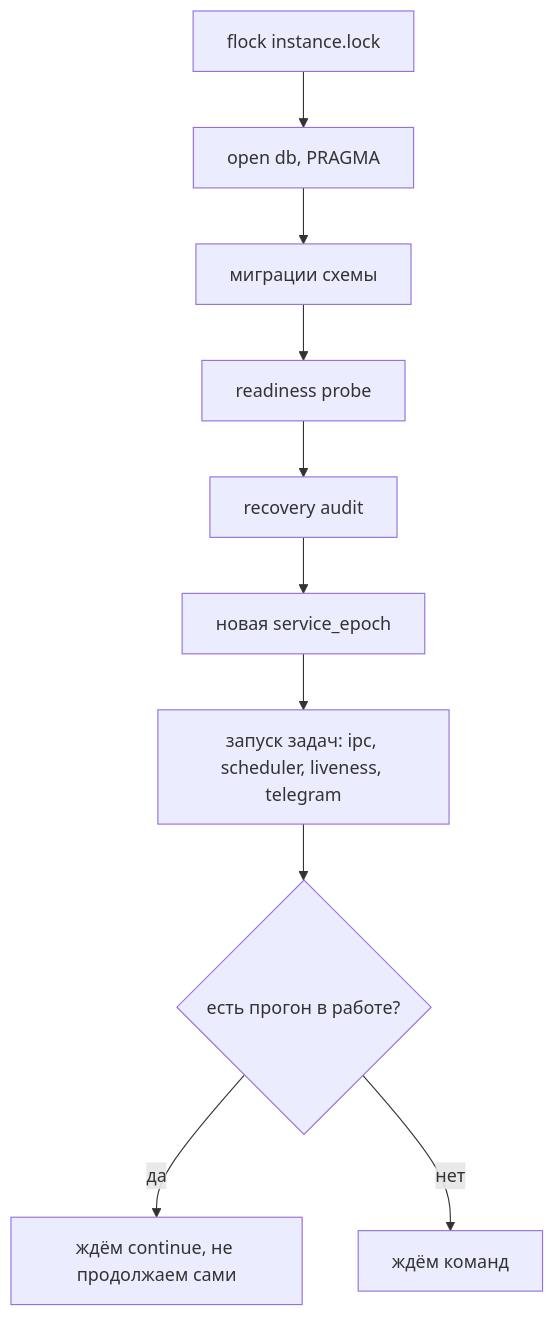
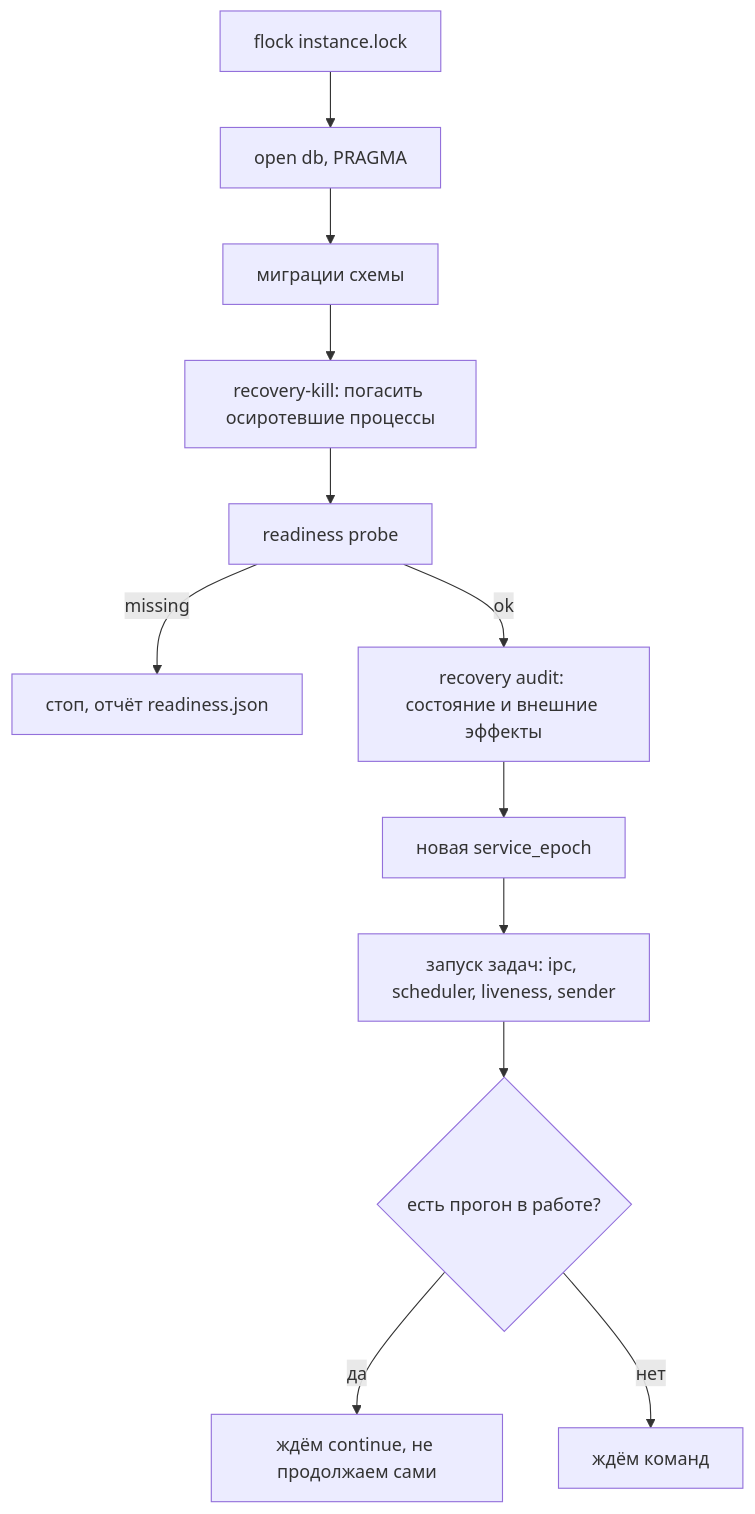
One commit to Isqander/stable-metaswarm changed the third of 7 diagrams in docs/design/architecture.md. Above: the diagram before and after it, drawn with Mermaid. The commit also changed other lines of this file and 4 other files, not shown here.

````diff
--- a/docs/design/architecture.md
+++ b/docs/design/architecture.md
@@ -236,12 +236,14 @@
 ```mermaid
 flowchart TB
   A[flock instance.lock] --> B[open db, PRAGMA]
   B --> C[миграции схемы]
-  C --> D[readiness probe]
-  D --> E[recovery audit]
+  C --> K[recovery-kill: погасить осиротевшие процессы]
+  K --> D[readiness probe]
+  D -->|missing| X[стоп, отчёт readiness.json]
+  D -->|ok| E[recovery audit: состояние и внешние эффекты]
   E --> F[новая service_epoch]
-  F --> G[запуск задач: ipc, scheduler, liveness, telegram]
+  F --> G[запуск задач: ipc, scheduler, liveness, sender]
   G --> H{есть прогон в работе?}
   H -->|да| I[ждём continue, не продолжаем сами]
   H -->|нет| J[ждём команд]
 ```
````
